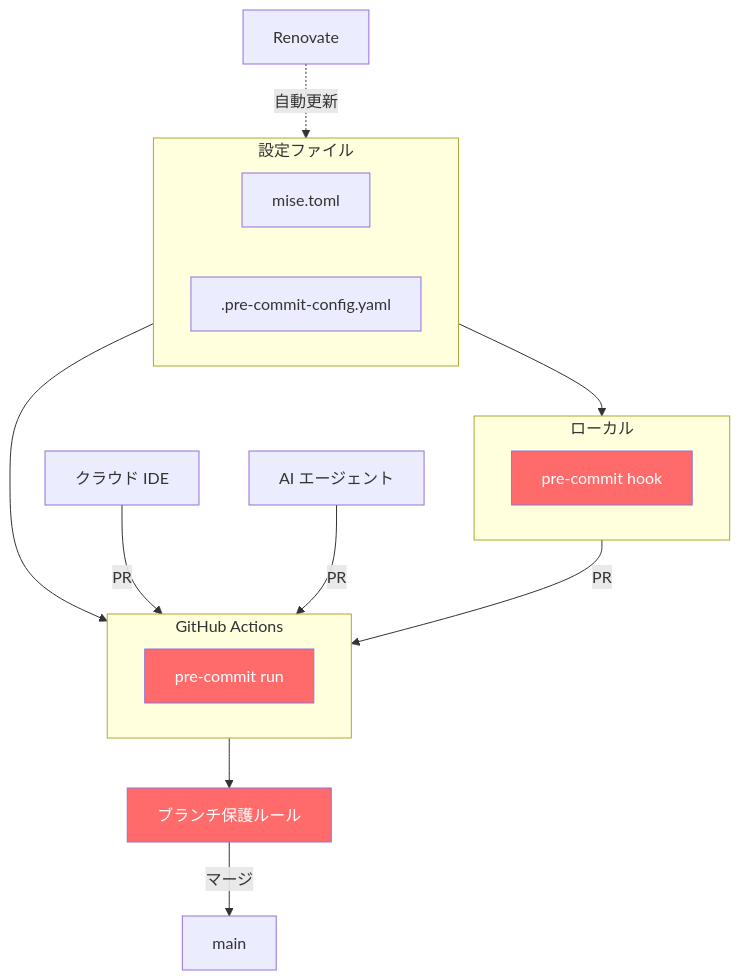
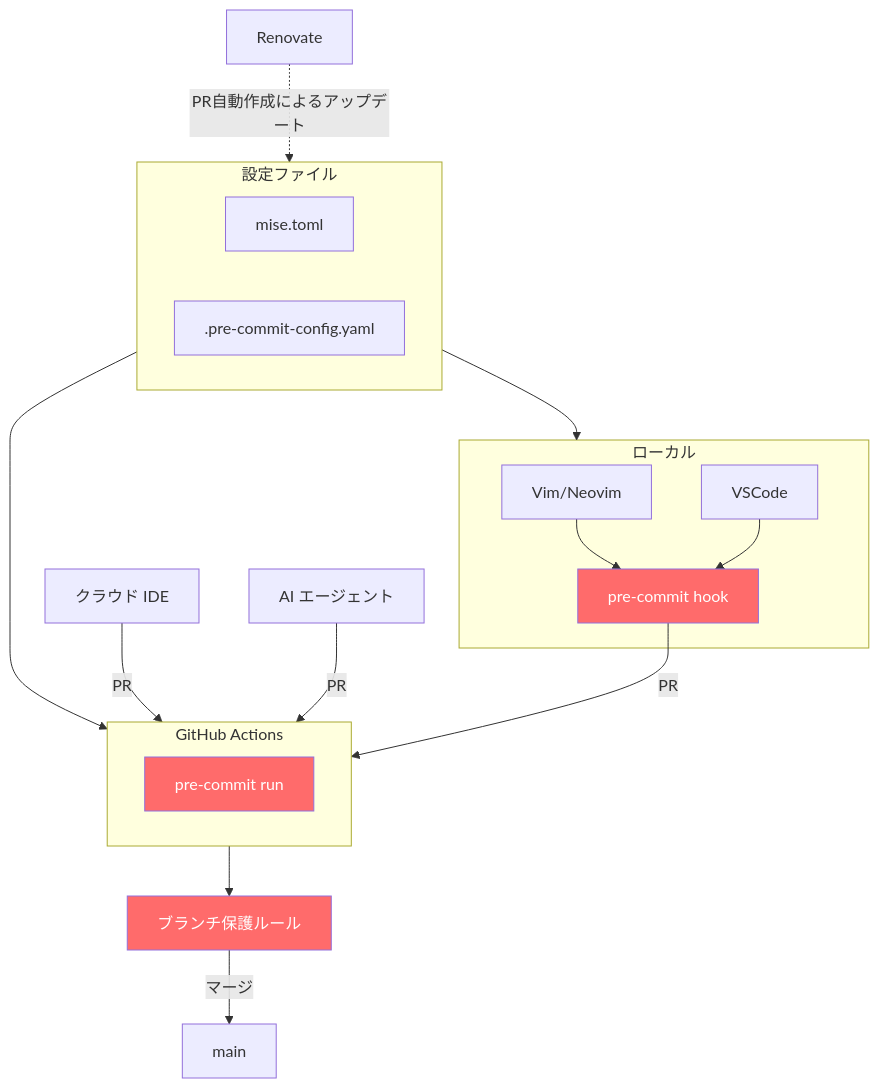
Before and after one commit to i9wa4/zenn-i9wa4: the diagram in articles/2025-12-06-ai-guardrails-local-cloud.md, drawn with Mermaid. The commit also changed other lines of this file, not shown here.

````diff
--- a/articles/2025-12-06-ai-guardrails-local-cloud.md
+++ b/articles/2025-12-06-ai-guardrails-local-cloud.md
@@ -31,30 +29,34 @@
 ```mermaid
 flowchart TB
     subgraph 設定ファイル
         F[mise.toml]
         G[.pre-commit-config.yaml]
     end
 
     設定ファイル --> ローカル & CI
 
     subgraph ローカル
+        Vim[Vim/Neovim]
+        VSCode[VSCode]
         L[pre-commit hook]
     end
+    Vim --> L
+    VSCode --> L
 
     Cloud[クラウド IDE] -->|PR| CI
     AI[AI エージェント] -->|PR| CI
-    ローカル -->|PR| CI
+    L -->|PR| CI
 
     subgraph CI[GitHub Actions]
         D[pre-commit run]
     end
 
     CI --> P[ブランチ保護ルール]
     P -->|マージ| M[main]
 
-    E[Renovate] -.->|自動更新| 設定ファイル
+    E[Renovate] -.->|PR自動作成によるアップデート| 設定ファイル
 
     style L fill:#ff6b6b,color:#fff
     style D fill:#ff6b6b,color:#fff
     style P fill:#ff6b6b,color:#fff
 ```
````
